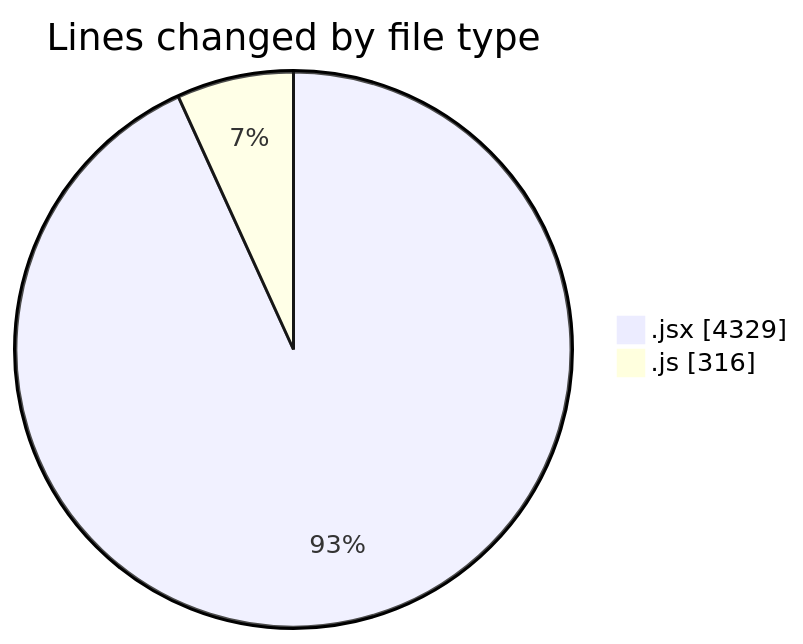
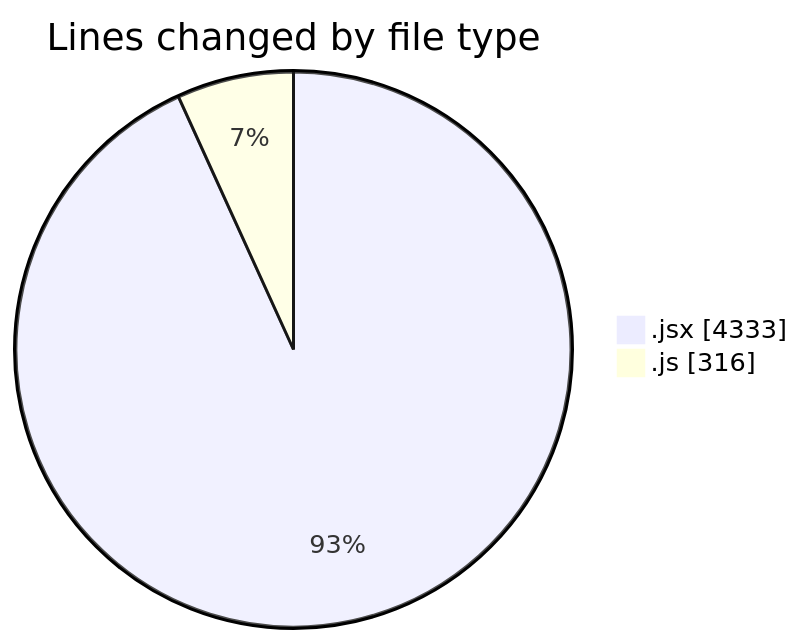
Before and after one commit to nxtqubesakshisongat/code-tracking: the first of 2 diagrams in 2025-07-13/argos/README.md, drawn with Mermaid. The commit also changed other lines of this file and 1 other file, not shown here.

````diff
--- a/2025-07-13/argos/README.md
+++ b/2025-07-13/argos/README.md
@@ -23,6 +23,6 @@
 ```mermaid
 pie showData
 title Lines changed by file type
-".jsx" : 4329
+".jsx" : 4333
 ".js" : 316
 ```
````
